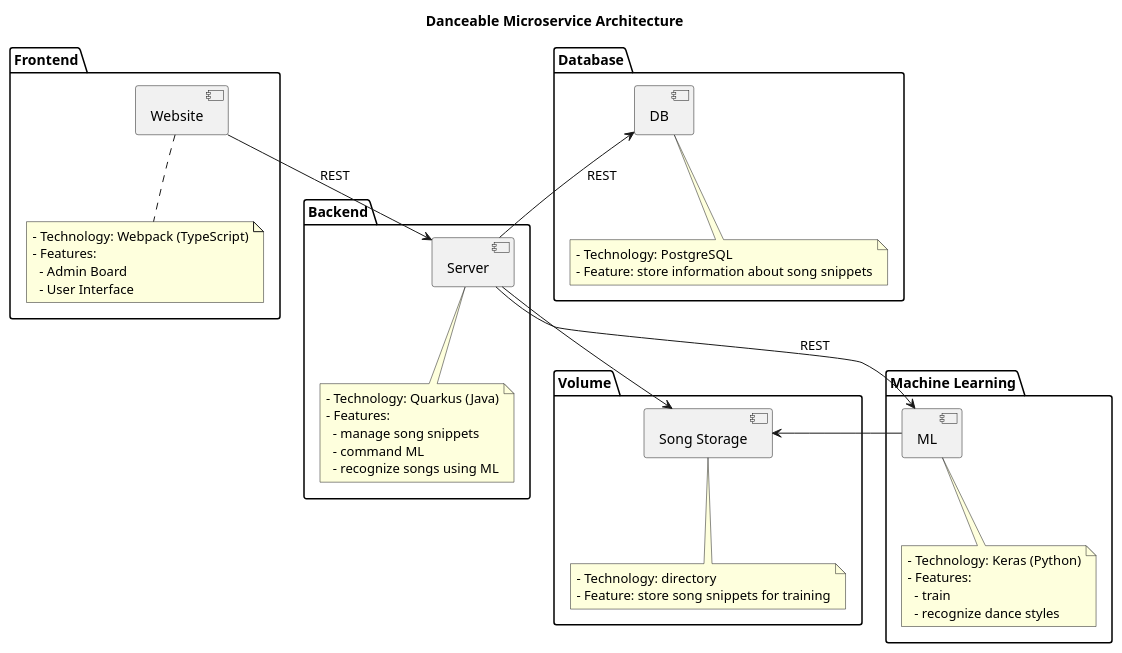
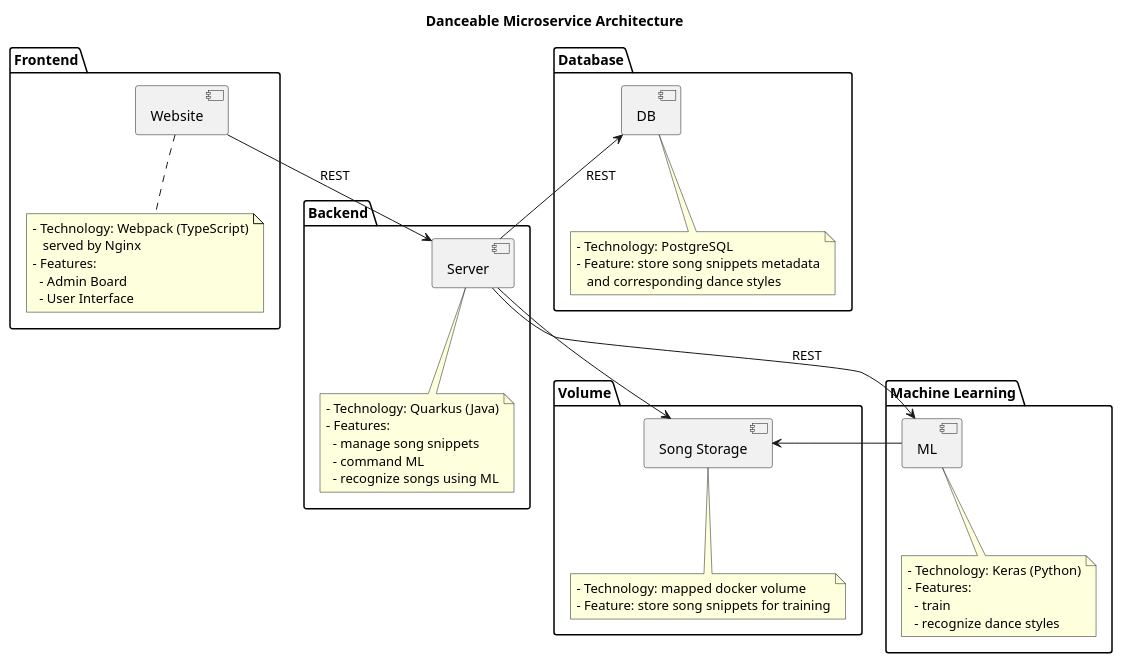
Before and after one commit to 2425-4bhitm-itp/danceable: the diagram in documentation/microservice_architecture.puml, drawn with PlantUML. The commit also changed 1 other file, not shown here.

```diff
--- a/documentation/microservice_architecture.puml
+++ b/documentation/microservice_architecture.puml
@@ -1,56 +1,58 @@
 @startuml
 title Danceable Microservice Architecture
 
 package "Frontend" {
   [Website]
   note bottom of [Website]
       - Technology: Webpack (TypeScript)
+         served by Nginx
       - Features:
         - Admin Board
         - User Interface
     end note
 }
 
 package "Backend" {
   [Server]
   note bottom of [Server]
       - Technology: Quarkus (Java)
       - Features:
         - manage song snippets
         - command ML
         - recognize songs using ML
     end note
 }
 
 package "Database" {
   [DB]
   note bottom of [DB]
       - Technology: PostgreSQL
-      - Feature: store information about song snippets
+      - Feature: store song snippets metadata
+         and corresponding dance styles
     end note
 }
 
 package "Volume" {
   [Song Storage]
   note bottom of [Song Storage]
-      - Technology: directory
+      - Technology: mapped docker volume
       - Feature: store song snippets for training
     end note
 }
 
 package "Machine Learning" {
   [ML]
   note bottom of [ML]
       - Technology: Keras (Python)
       - Features:
         - train
         - recognize dance styles
     end note
 }
 
 [Website] --> [Server] : REST
 [Server] -up-> [DB] : REST
 [Server] --> [ML] : REST
 [Server] --> [Song Storage]
 [ML] -left-> [Song Storage]
 @enduml
```
